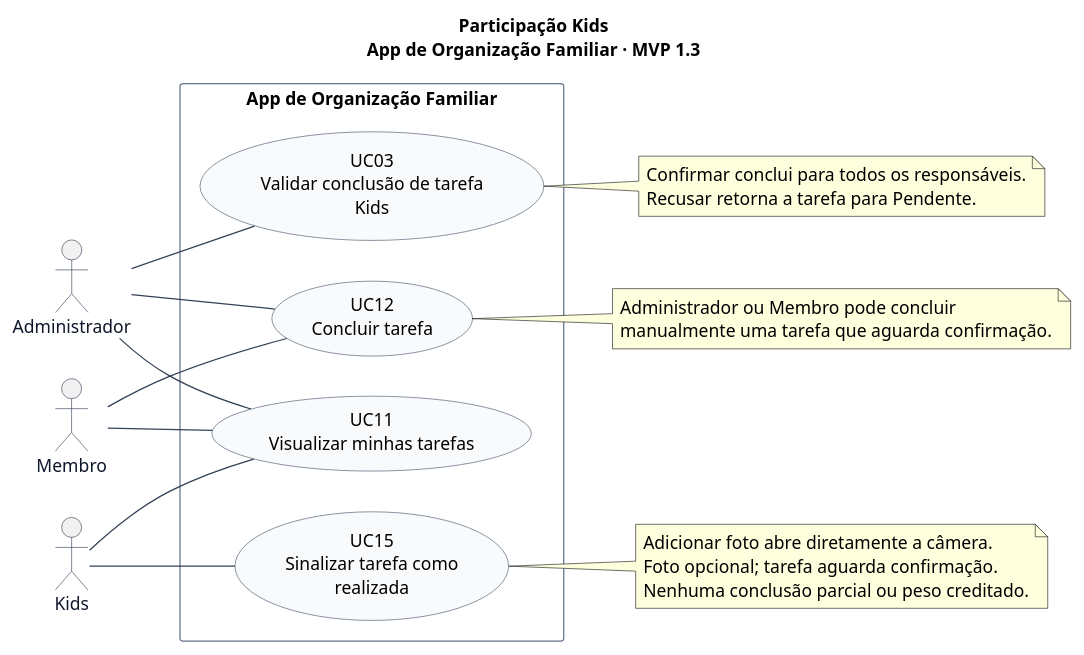
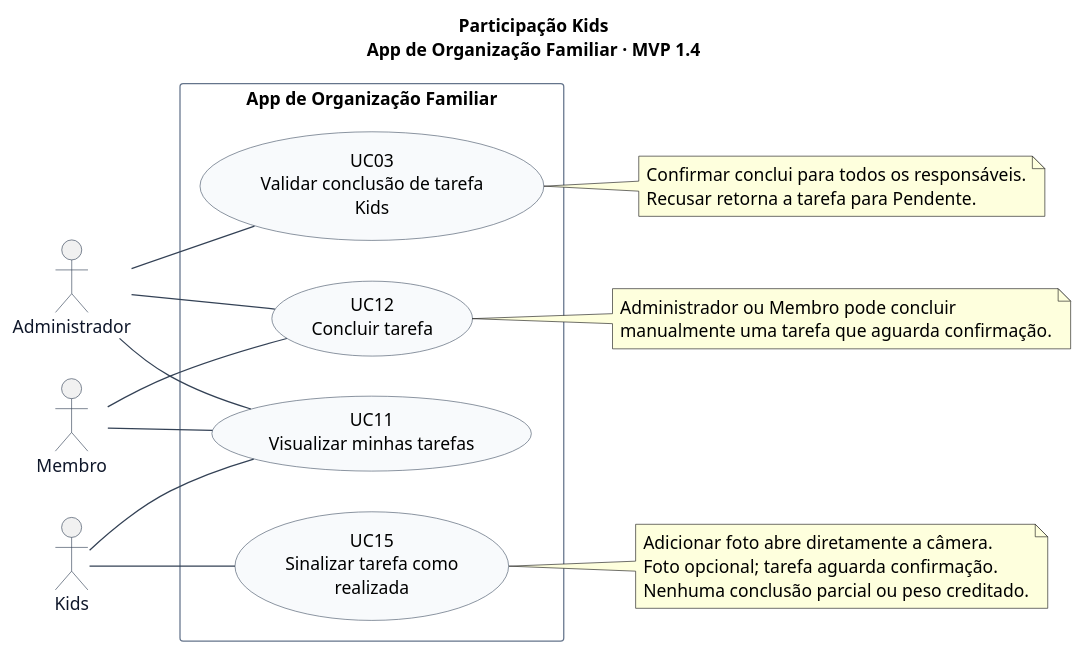
One commit to lizandramalta/App-Rotina-Familiar changed the diagram in docs/diagramas/casos-de-uso/04-participacao-kids.puml. Above: the diagram before and after it, drawn with PlantUML. The commit also changed 20 other files, not shown here.

```diff
--- a/docs/diagramas/casos-de-uso/04-participacao-kids.puml
+++ b/docs/diagramas/casos-de-uso/04-participacao-kids.puml
@@ -1,51 +1,51 @@
 @startuml
 ' Fonte editável. Renderização: java -jar plantuml.jar -charset UTF-8 -tsvg *.puml
 left to right direction
 skinparam shadowing false
 skinparam backgroundColor white
 skinparam defaultFontName SansSerif
 skinparam defaultFontSize 14
 skinparam ArrowColor #334155
 skinparam actorBorderColor #334155
 skinparam actorFontColor #0F172A
 skinparam usecaseBackgroundColor #F8FAFC
 skinparam usecaseBorderColor #475569
 skinparam rectangleBorderColor #64748B
 skinparam packageStyle rectangle
 skinparam nodesep 32
 skinparam ranksep 55
-title Participação Kids\nApp de Organização Familiar · MVP 1.3
+title Participação Kids\nApp de Organização Familiar · MVP 1.4
 
 actor "Administrador" as Admin
 actor "Membro" as Membro
 actor "Kids" as Kids
 
 rectangle "App de Organização Familiar" {
   usecase "UC11\nVisualizar minhas tarefas" as UC11
   usecase "UC15\nSinalizar tarefa como\nrealizada" as UC15
   usecase "UC03\nValidar conclusão de tarefa\nKids" as UC03
   usecase "UC12\nConcluir tarefa" as UC12
 }
 
 Admin -- UC03
 Admin -- UC11
 Admin -- UC12
 Membro -- UC11
 Membro -- UC12
 Kids -- UC11
 Kids -- UC15
 note right of UC15
   Adicionar foto abre diretamente a câmera.
   Foto opcional; tarefa aguarda confirmação.
   Nenhuma conclusão parcial ou peso creditado.
 end note
 note right of UC03
   Confirmar conclui para todos os responsáveis.
   Recusar retorna a tarefa para Pendente.
 end note
 note right of UC12
   Administrador ou Membro pode concluir
   manualmente uma tarefa que aguarda confirmação.
 end note
 
 @enduml
```
